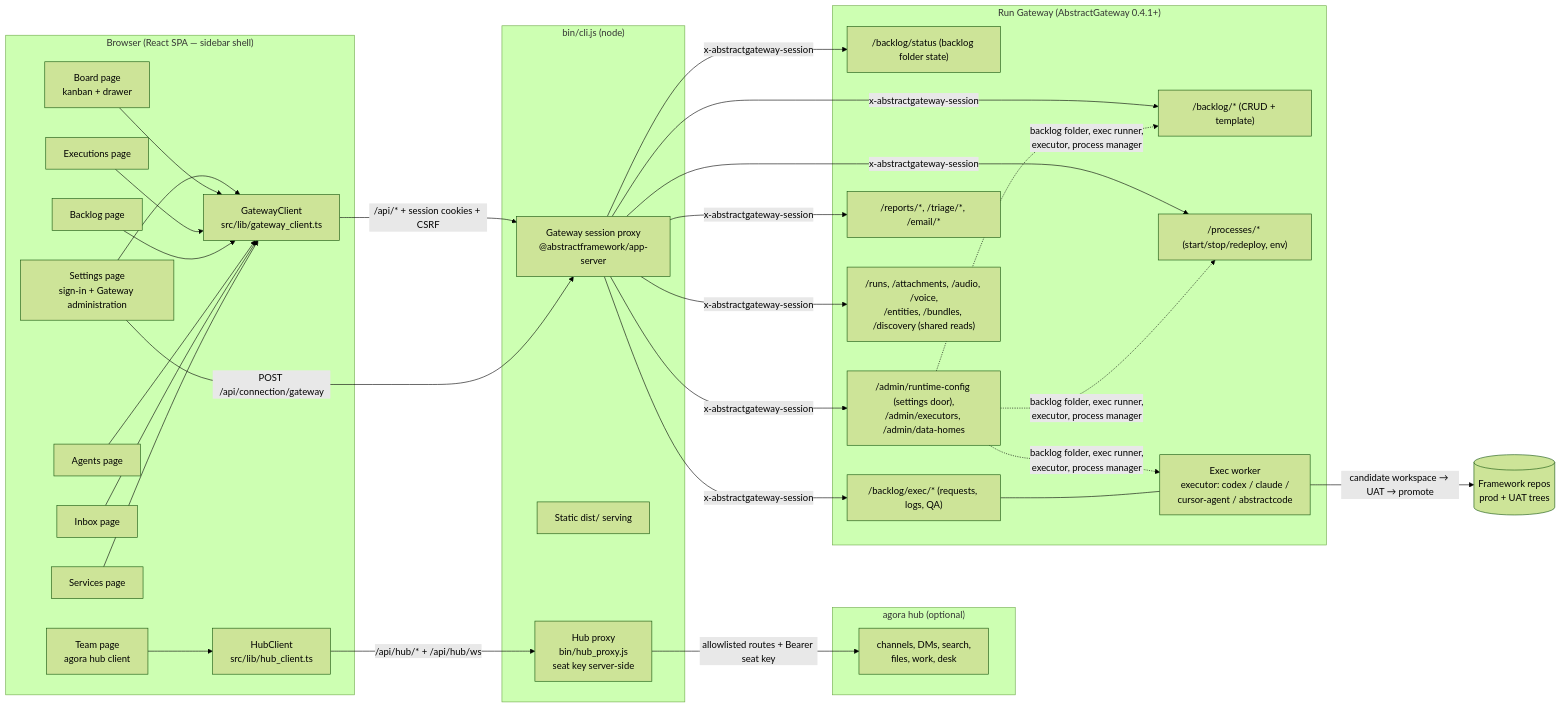
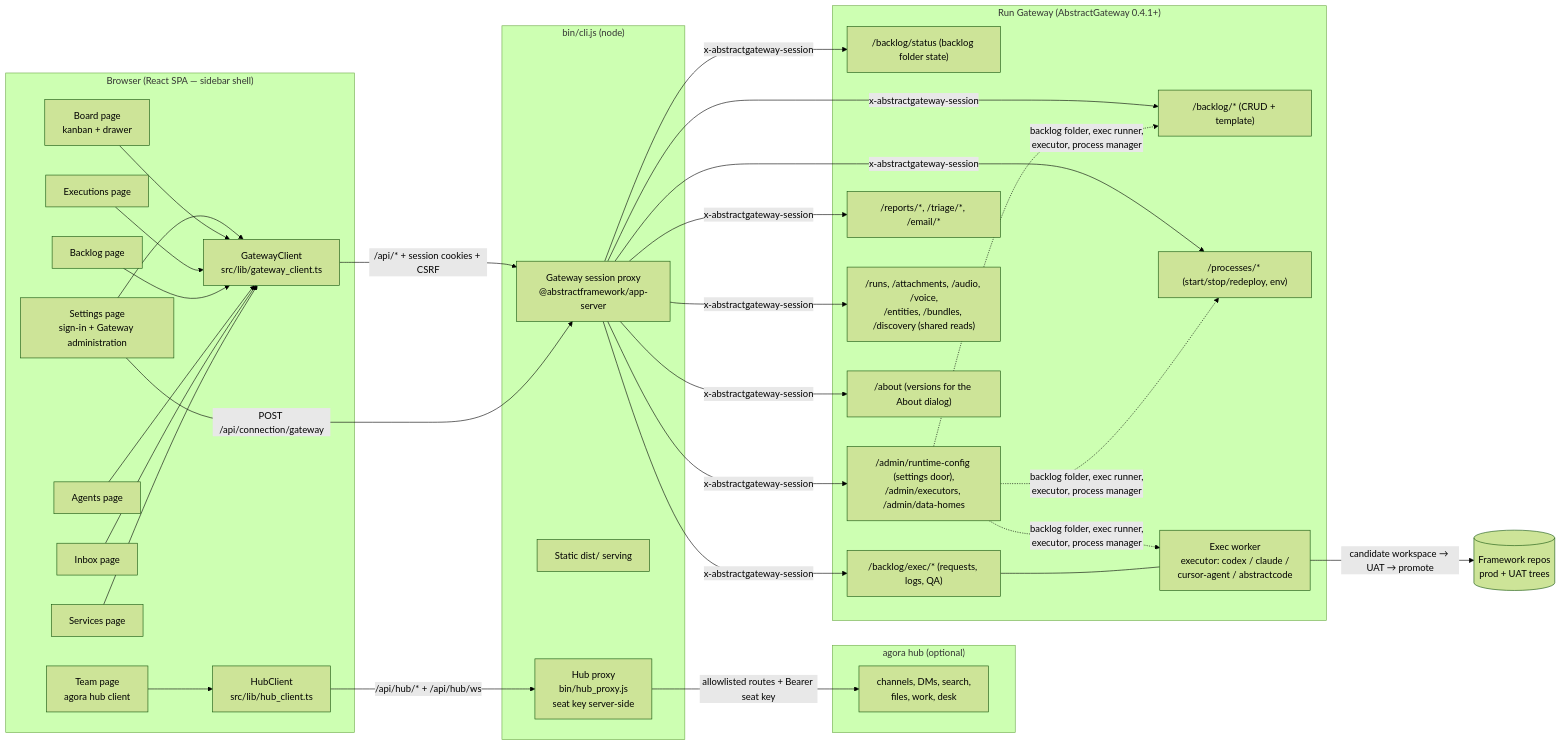
Before and after one commit to lpalbou/AbstractContinuum: the first of 3 diagrams in docs/architecture.md, drawn with Mermaid (forest theme). The commit also changed other lines of this file and 9 other files, not shown here.

````diff
--- a/docs/architecture.md
+++ b/docs/architecture.md
@@ -10,53 +10,54 @@
 ```mermaid
 flowchart LR
     subgraph Browser["Browser (React SPA — sidebar shell)"]
         BO[Board page<br/>kanban + drawer]
         EX[Executions page]
         BL[Backlog page]
         AG[Agents page]
         TM[Team page<br/>agora hub client]
         HC[HubClient<br/>src/lib/hub_client.ts]
         IN[Inbox page]
         PR[Services page]
         SE[Settings page<br/>sign-in + Gateway administration]
         GC[GatewayClient<br/>src/lib/gateway_client.ts]
         SE --> GC
         BO --> GC
         EX --> GC
         BL --> GC
         AG --> GC
         IN --> GC
         PR --> GC
         TM --> HC
     end
 
     subgraph AppServer["bin/cli.js (node)"]
         SP[Gateway session proxy<br/>@abstractframework/app-server]
         ST[Static dist/ serving]
         HP[Hub proxy<br/>bin/hub_proxy.js<br/>seat key server-side]
     end
 
     subgraph Hub["agora hub (optional)"]
         HA["channels, DMs, search,<br/>files, work, desk"]
     end
 
     subgraph Gateway["Run Gateway (AbstractGateway 0.4.1+)"]
         BS["/backlog/status (backlog folder state)"]
         AD["/admin/runtime-config (settings door),<br/>/admin/executors, /admin/data-homes"]
         BK["/backlog/* (CRUD + template)"]
         EP["/backlog/exec/* (requests, logs, QA)"]
         RP["/reports/*, /triage/*, /email/*"]
         PM["/processes/* (start/stop/redeploy, env)"]
         SH["/runs, /attachments, /audio, /voice,<br/>/entities, /bundles, /discovery (shared reads)"]
+        AB["/about (versions for the About dialog)"]
         WK[Exec worker<br/>executor: codex / claude /<br/>cursor-agent / abstractcode]
     end
 
     GC -- "/api/* + session cookies + CSRF" --> SP
     SE -- "POST /api/connection/gateway" --> SP
-    SP -- "x-abstractgateway-session" --> BS & AD & BK & EP & RP & PM & SH
+    SP -- "x-abstractgateway-session" --> BS & AD & BK & EP & RP & PM & SH & AB
     AD -. "backlog folder, exec runner,<br/>executor, process manager" .-> BK & WK & PM
     HC -- "/api/hub/* + /api/hub/ws" --> HP
     HP -- "allowlisted routes + Bearer seat key" --> HA
     EP --- WK
     WK -- "candidate workspace → UAT → promote" --> Repos[(Framework repos<br/>prod + UAT trees)]
 ```
````
